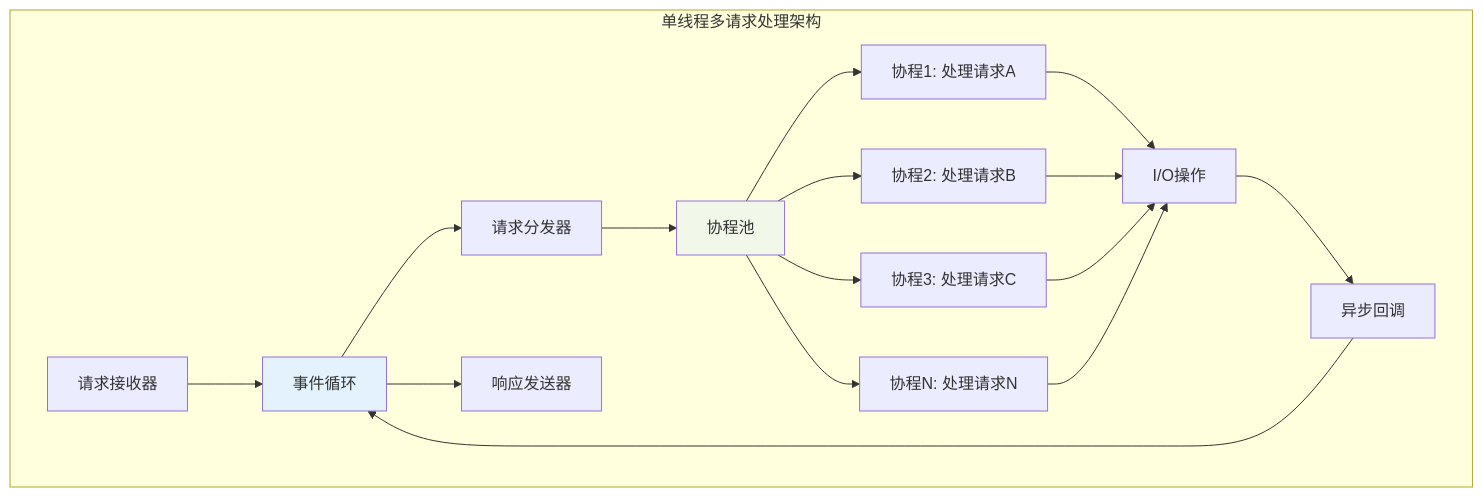
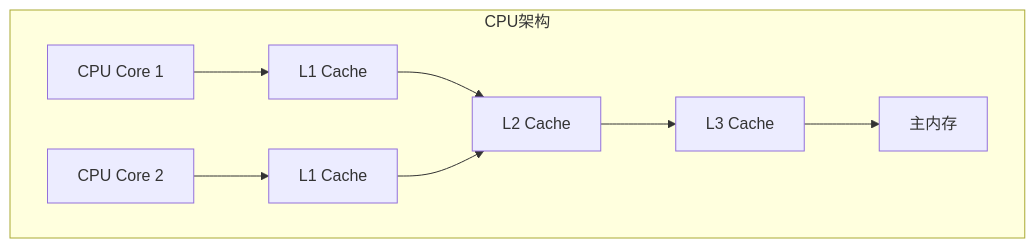
One commit to chongyang211/YCBookBlog changed the first of 19 diagrams in 00.通用技术的提升/README.md. Above: the diagram before and after it, drawn with Mermaid. The commit also changed other lines of this file, not shown here.

````diff
--- a/00.通用技术的提升/README.md
+++ b/00.通用技术的提升/README.md
@@ -146,26 +34,19 @@
 ```mermaid
 graph TB
-    subgraph "单线程多请求处理架构"
-        A[请求接收器] --> B[事件循环]
-        B --> C[请求分发器]
-        C --> D[协程池]
+    subgraph "CPU架构"
+        CPU1[CPU Core 1]
+        CPU2[CPU Core 2]
+        L1_1[L1 Cache]
+        L1_2[L1 Cache]
+        L2[L2 Cache]
+        L3[L3 Cache]
+        RAM[主内存]
         
-        D --> E[协程1: 处理请求A]
-        D --> F[协程2: 处理请求B]
-        D --> G[协程3: 处理请求C]
-        D --> H[协程N: 处理请求N]
-        
-        E --> I[I/O操作]
-        F --> I
-        G --> I
-        H --> I
-        
-        I --> J[异步回调]
-        J --> B
-        
-        B --> K[响应发送器]
+        CPU1 --> L1_1
+        CPU2 --> L1_2
+        L1_1 --> L2
+        L1_2 --> L2
+        L2 --> L3
+        L3 --> RAM
     end
-    
-    style B fill:#e3f2fd
-    style D fill:#f1f8e9
 ```
````
